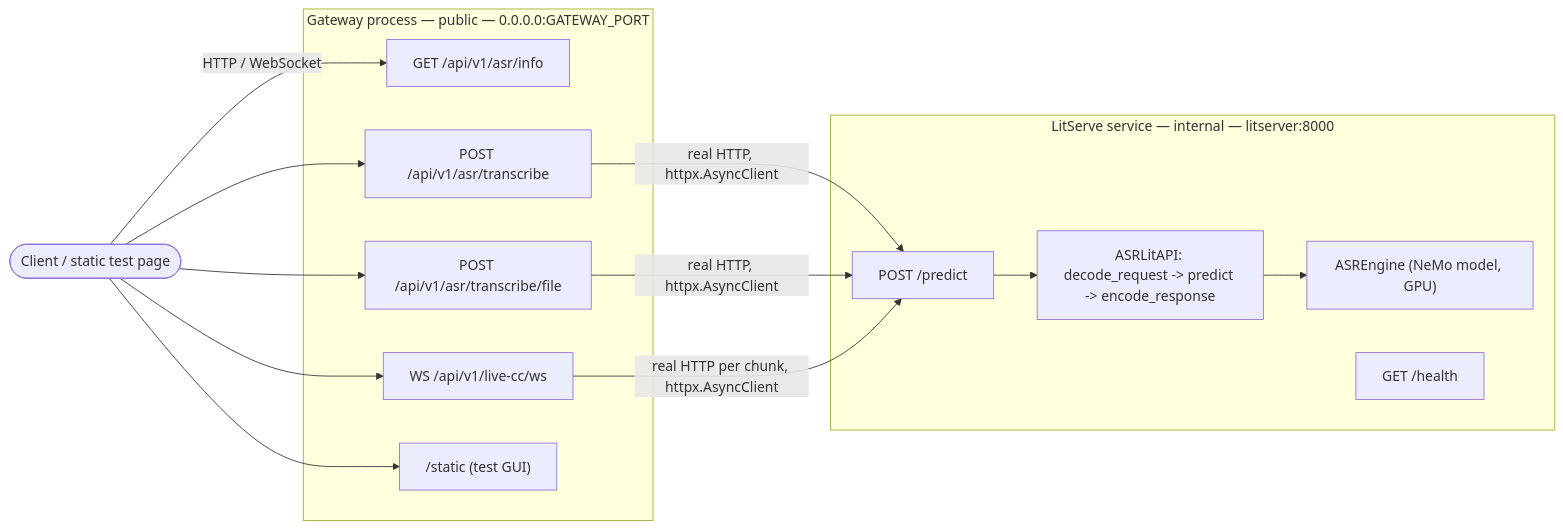
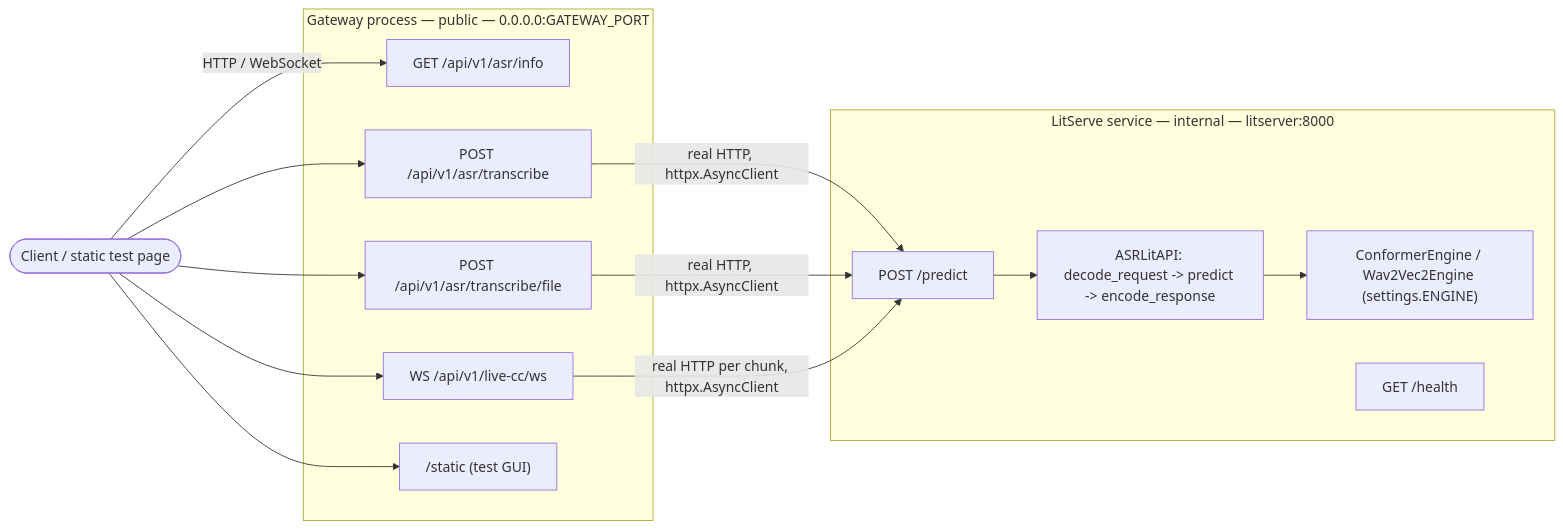
Before and after one commit to sayed-shaun/ec-asr-tts-service: the diagram in README.md, drawn with Mermaid. The commit also changed other lines of this file and 20 other files, not shown here.

First line of the commit message:
Add pluggable engine architecture with wav2vec2 and whisper backends

````diff
--- a/README.md
+++ b/README.md
@@ -56,30 +56,30 @@
 ```mermaid
 flowchart LR
     Client(["Client / static test page"])
 
     subgraph Gateway["Gateway process — public — 0.0.0.0:GATEWAY_PORT"]
         Info["GET /api/v1/asr/info"]
         Transcribe["POST /api/v1/asr/transcribe"]
         File["POST /api/v1/asr/transcribe/file"]
         WS["WS /api/v1/live-cc/ws"]
         Static["/static (test GUI)"]
     end
 
     subgraph LitServe["LitServe service — internal — litserver:8000"]
         Predict["POST /predict"]
         LitAPI["ASRLitAPI: decode_request -> predict -> encode_response"]
-        Engine["ASREngine (NeMo model, GPU)"]
+        Engine["ConformerEngine / Wav2Vec2Engine (settings.ENGINE)"]
         Health["GET /health"]
     end
 
     Client -->|HTTP / WebSocket| Info
     Client --> Transcribe
     Client --> File
     Client --> WS
     Client --> Static
 
     Transcribe -->|real HTTP, httpx.AsyncClient| Predict
     File -->|real HTTP, httpx.AsyncClient| Predict
     WS -->|real HTTP per chunk, httpx.AsyncClient| Predict
     Predict --> LitAPI --> Engine
 ```
````
